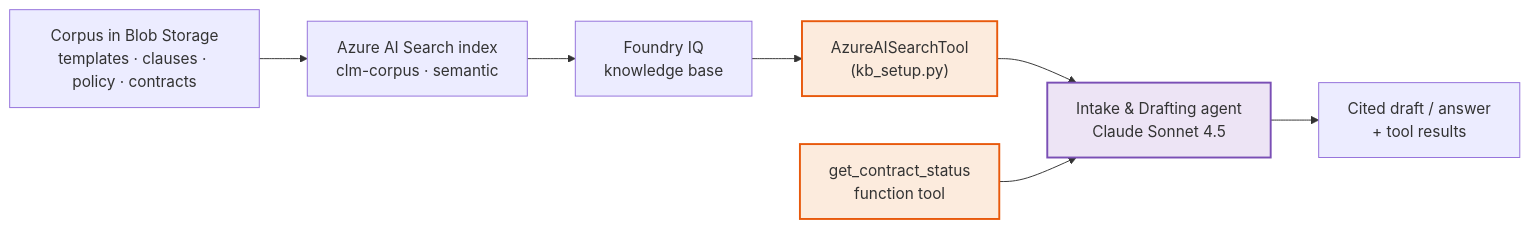
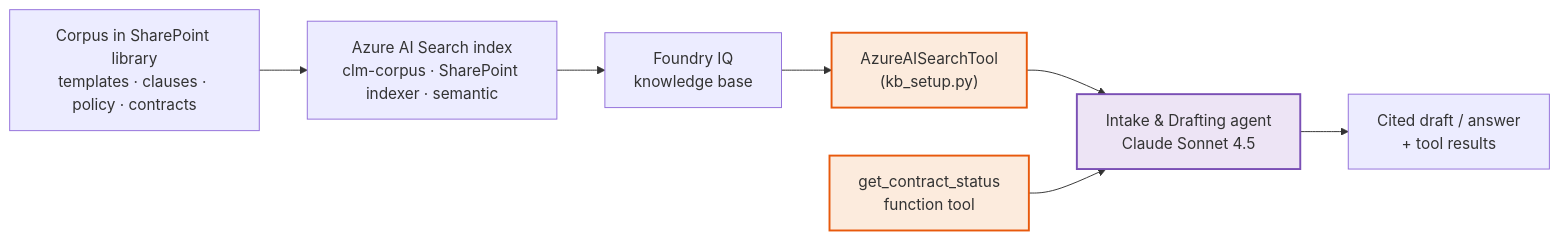
Before and after one commit to glejdis/microhack-aiagents: the diagram in challenge-1/README.md, drawn with Mermaid. The commit also changed other lines of this file and 31 other files, not shown here.

First line of the commit message:
Migrate corpus source to SharePoint and orchestrator to GPT-5.3

````diff
--- a/challenge-1/README.md
+++ b/challenge-1/README.md
@@ -55,12 +55,12 @@
 ```mermaid
 flowchart LR
-  A["Corpus in Blob Storage<br/>templates · clauses · policy · contracts"] --> B["Azure AI Search index<br/>clm-corpus · semantic"]
+  A["Corpus in SharePoint library<br/>templates · clauses · policy · contracts"] --> B["Azure AI Search index<br/>clm-corpus · SharePoint indexer · semantic"]
   B --> C["Foundry IQ<br/>knowledge base"]
   C --> D["AzureAISearchTool<br/>(kb_setup.py)"]
   D --> E["Intake &amp; Drafting agent<br/>Claude Sonnet 4.5"]
   F["get_contract_status<br/>function tool"] --> E
   E --> G["Cited draft / answer<br/>+ tool results"]
   style E fill:#EDE4F5,stroke:#7A4FB5,stroke-width:2px
   style D fill:#FCEBDD,stroke:#E8590C,stroke-width:2px
   style F fill:#FCEBDD,stroke:#E8590C,stroke-width:2px
 ```
````
